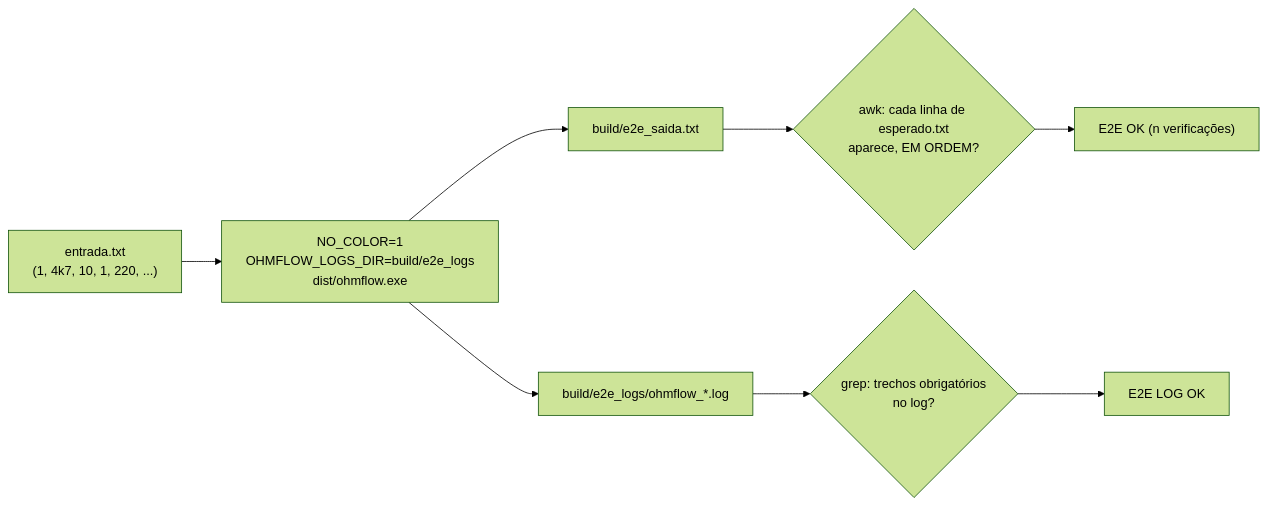
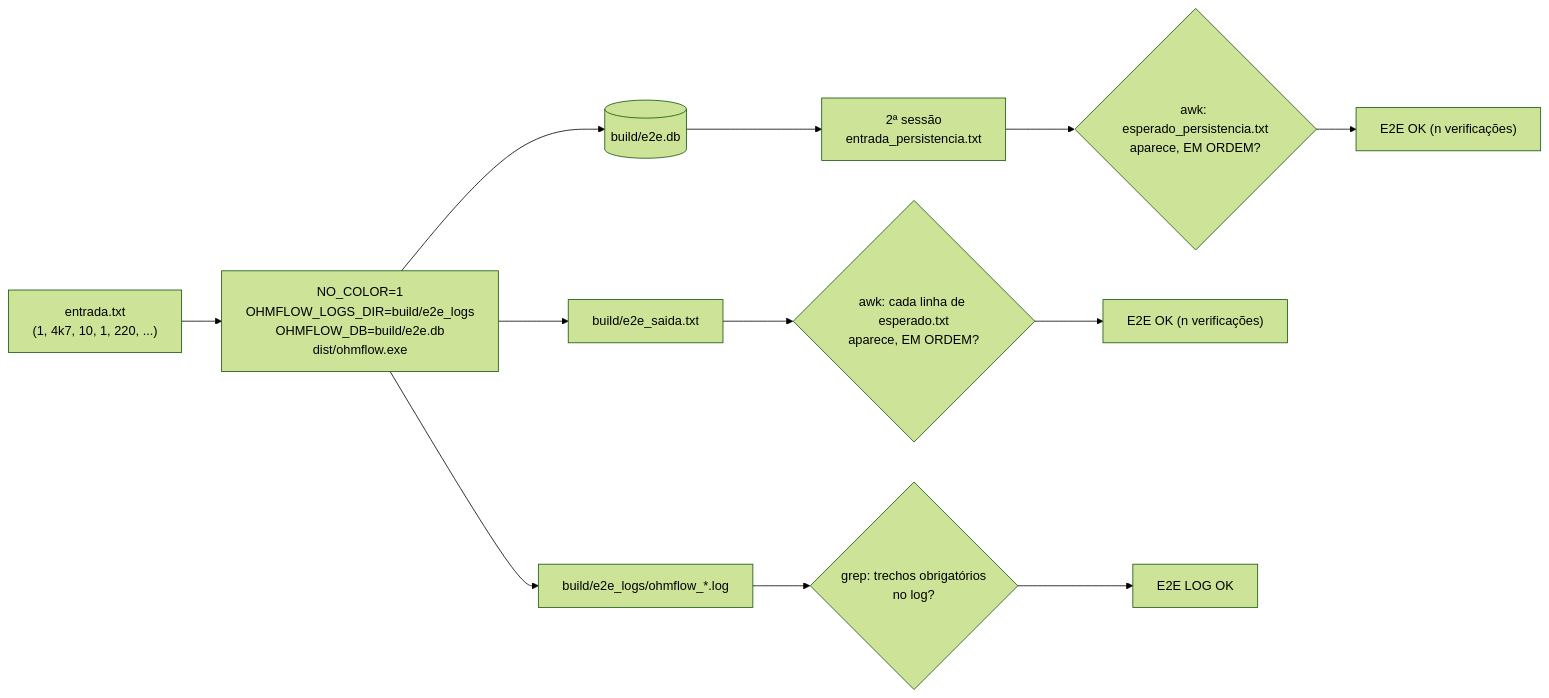
One commit to Grolla05/OhmFlow changed the second of 2 diagrams in docs/06-testes.md. Above: the diagram before and after it, drawn with Mermaid (forest theme). The commit also changed other lines of this file and 15 other files, not shown here.

````diff
--- a/docs/06-testes.md
+++ b/docs/06-testes.md
@@ -88,10 +88,14 @@
 ```mermaid
 flowchart LR
-    A["entrada.txt<br/>(1, 4k7, 10, 1, 220, ...)"] --> B["NO_COLOR=1<br/>OHMFLOW_LOGS_DIR=build/e2e_logs<br/>dist/ohmflow.exe"]
+    A["entrada.txt<br/>(1, 4k7, 10, 1, 220, ...)"] --> B["NO_COLOR=1<br/>OHMFLOW_LOGS_DIR=build/e2e_logs<br/>OHMFLOW_DB=build/e2e.db<br/>dist/ohmflow.exe"]
     B --> C["build/e2e_saida.txt"]
     C --> D{"awk: cada linha de esperado.txt<br/>aparece, EM ORDEM?"}
+    B --> DB[("build/e2e.db")]
+    DB --> S2["2ª sessão<br/>entrada_persistencia.txt"]
+    S2 --> D2{"awk: esperado_persistencia.txt<br/>aparece, EM ORDEM?"}
     B --> L["build/e2e_logs/ohmflow_*.log"]
     L --> G{"grep: trechos obrigatórios<br/>no log?"}
     D --> R["E2E OK (n verificações)"]
+    D2 --> R3["E2E OK (n verificações)"]
     G --> R2["E2E LOG OK"]
 ```
````
